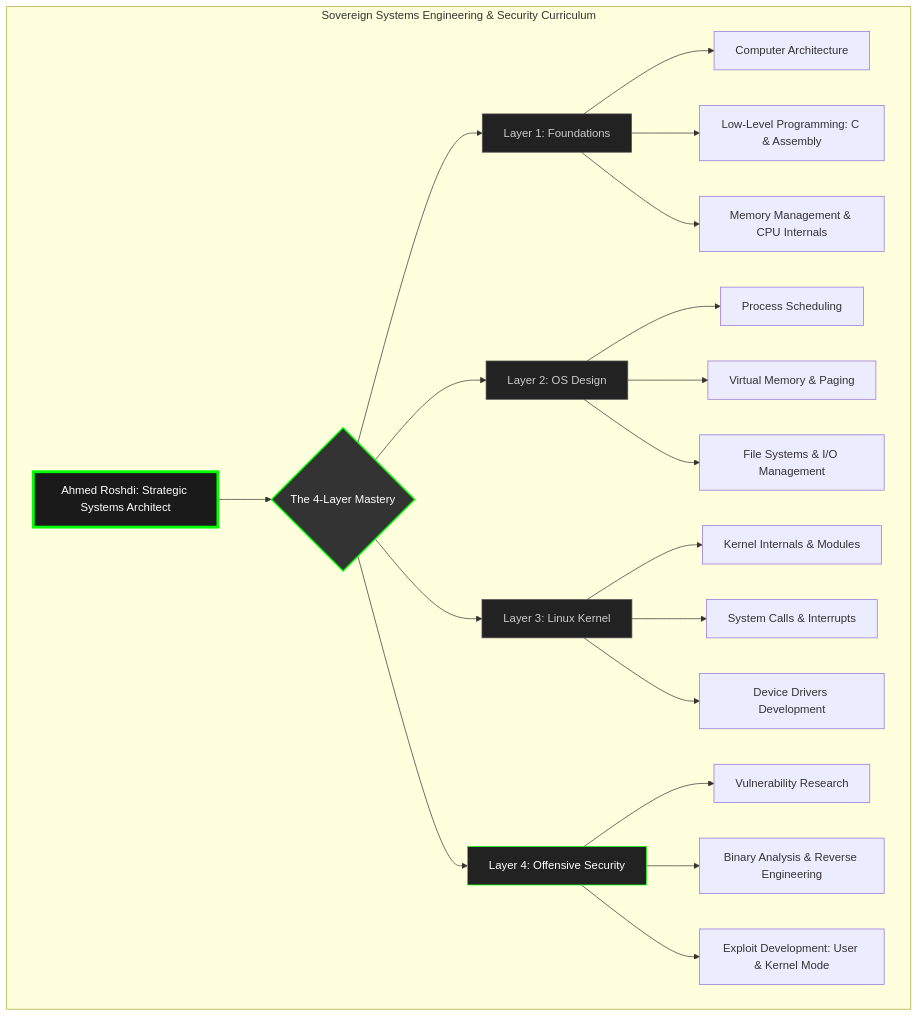
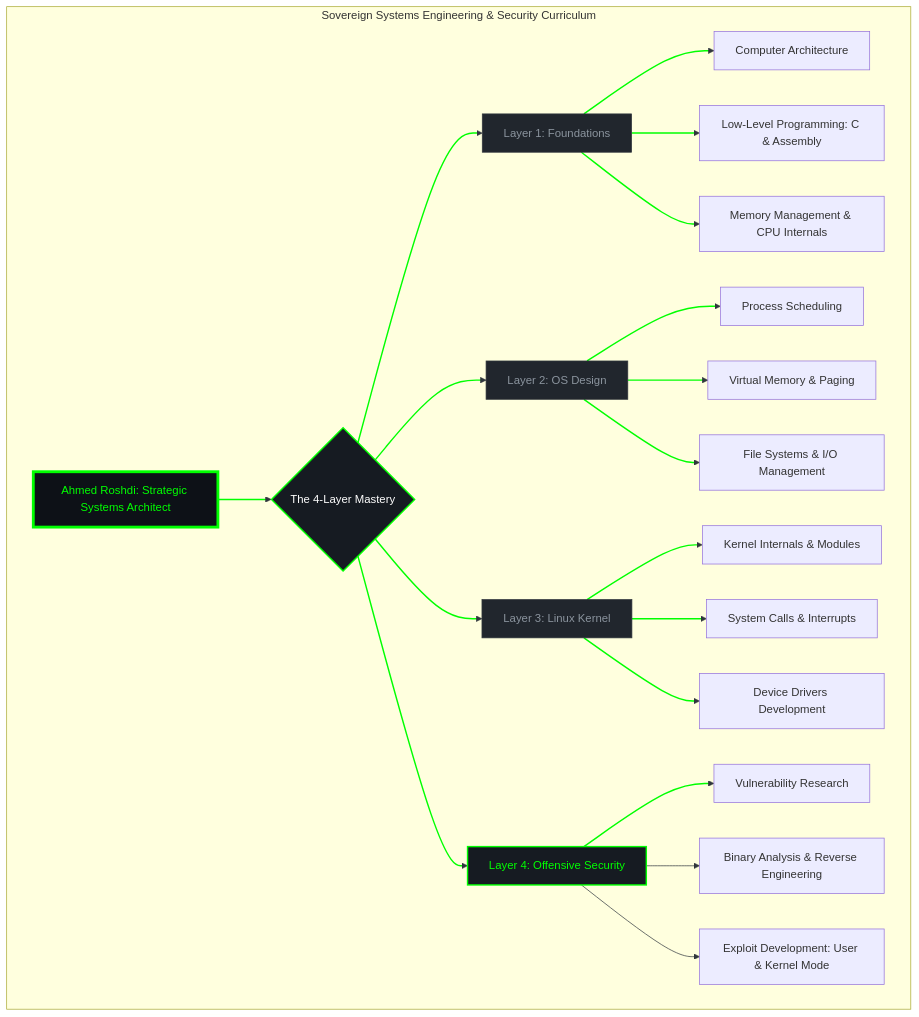
Before and after one commit to Ahmed-Roshdi/Ahmed-Roshdi: the diagram in README.md, drawn with Mermaid.

Commit message:
Enhance README styles for dark mode
Updated styles in README.md for dark mode compatibility.

````diff
--- a/README.md
+++ b/README.md
@@ -33,33 +33,38 @@
 ```mermaid
 graph TD
     subgraph "Sovereign Systems Engineering & Security Curriculum"
     A[Ahmed Roshdi: Strategic Systems Architect] --> B{The 4-Layer Mastery}
     
     B --> L1[Layer 1: Foundations]
     L1 --> L1_1[Computer Architecture]
     L1 --> L1_2[Low-Level Programming: C & Assembly]
     L1 --> L1_3[Memory Management & CPU Internals]
     
     B --> L2[Layer 2: OS Design]
     L2 --> L2_1[Process Scheduling]
     L2 --> L2_2[Virtual Memory & Paging]
     L2 --> L2_3[File Systems & I/O Management]
     
     B --> L3[Layer 3: Linux Kernel]
     L3 --> L3_1[Kernel Internals & Modules]
     L3 --> L3_2[System Calls & Interrupts]
     L3 --> L3_3[Device Drivers Development]
     
     B --> L4[Layer 4: Offensive Security]
     L4 --> L4_1[Vulnerability Research]
     L4 --> L4_2[Binary Analysis & Reverse Engineering]
     L4 --> L4_3[Exploit Development: User & Kernel Mode]
     
-    style A fill:#1a1a1a,stroke:#00ff00,stroke-width:4px,color:#fff
-    style B fill:#333,stroke:#00ff00,stroke-width:2px,color:#fff
-    style L1 fill:#222,stroke:#555,color:#ccc
-    style L2 fill:#222,stroke:#555,color:#ccc
-    style L3 fill:#222,stroke:#555,color:#ccc
-    style L4 fill:#222,stroke:#00ff00,color:#fff
+    %% Styling for Dark Mode Compatibility
+    style A fill:#0D1117,stroke:#00ff00,stroke-width:4px,color:#00ff00
+    style B fill:#161B22,stroke:#00ff00,stroke-width:2px,color:#fff
+    style L1 fill:#21262D,stroke:#30363D,color:#8B949E
+    style L2 fill:#21262D,stroke:#30363D,color:#8B949E
+    style L3 fill:#21262D,stroke:#30363D,color:#8B949E
+    style L4 fill:#161B22,stroke:#00ff00,stroke-width:2px,color:#00ff00
+    
+    %% Edge Styling
+    linkStyle default stroke:#30363D,stroke-width:1px
+    linkStyle 0,1,2,3,4,5,6,7,8,9,10,11,12,13,14 stroke:#00ff00,stroke-width:2px
     end
 ```
````
